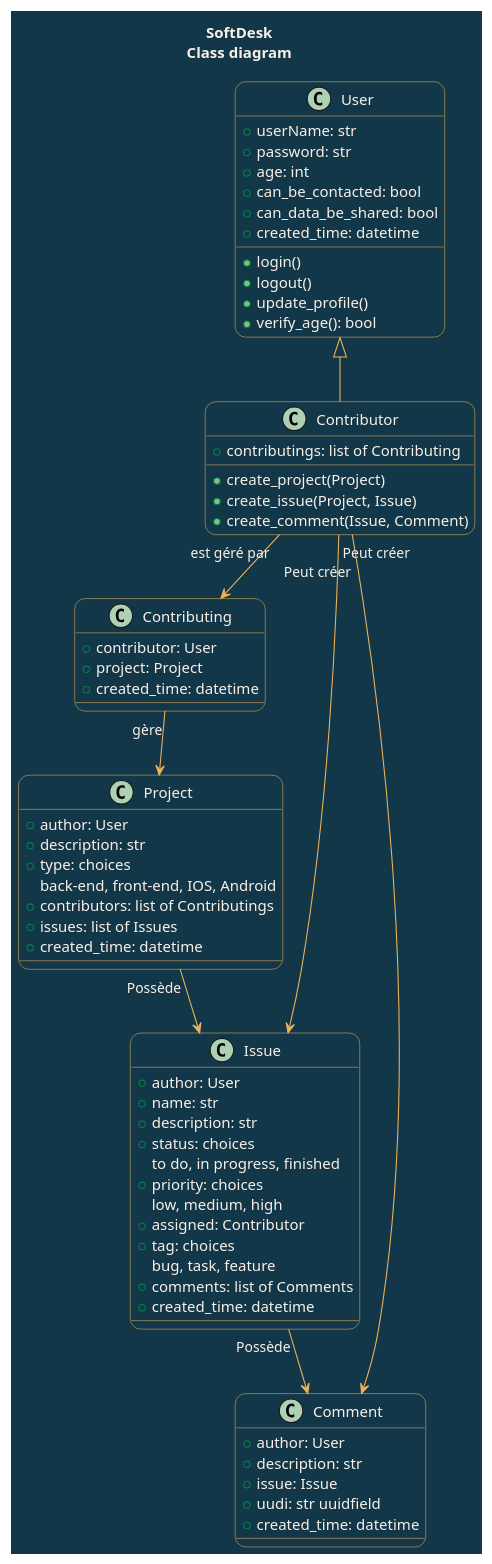
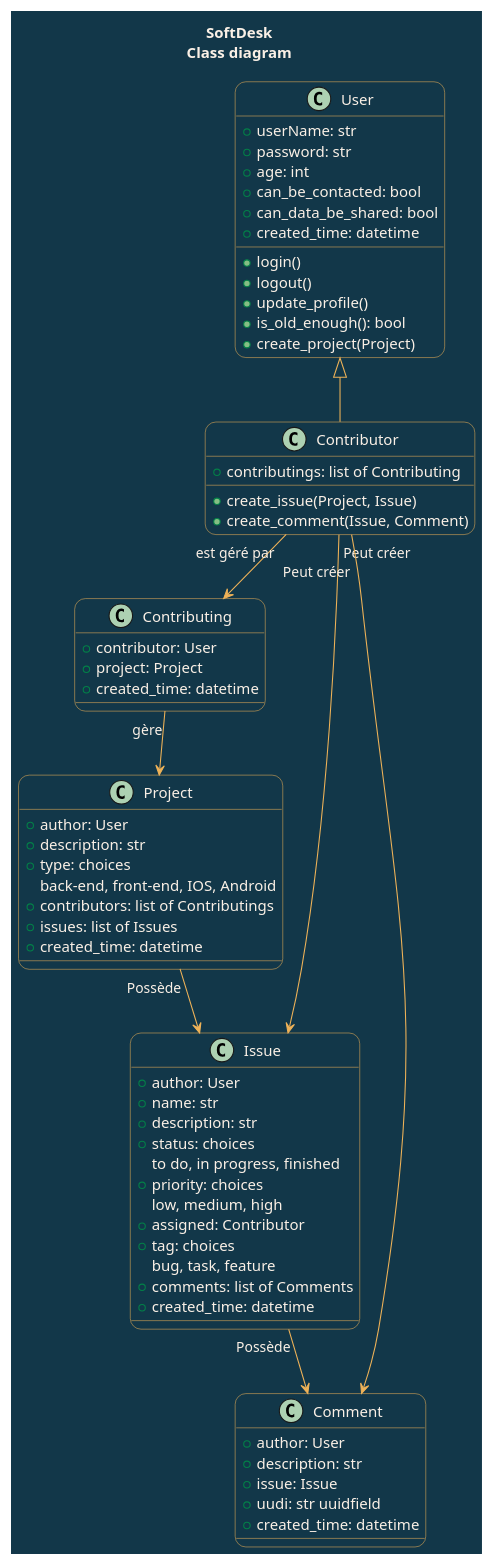
One commit to DaGuinci/SoftDesk changed the diagram in README.md. Above: the diagram before and after it, drawn with PlantUML. The commit also changed other lines of this file and 10 other files, not shown here.

```diff
--- a/README.md
+++ b/README.md
@@ -112,13 +121,13 @@
   + login()
   + logout()
   + update_profile()
-  + verify_age(): bool
+  + is_old_enough(): bool
   + created_time: datetime
+  + create_project(Project)
 }
 
 class Contributor extends User {
   + contributings: list of Contributing
-  + create_project(Project)
   + create_issue(Project, Issue)
   + create_comment(Issue, Comment)
 }
```
